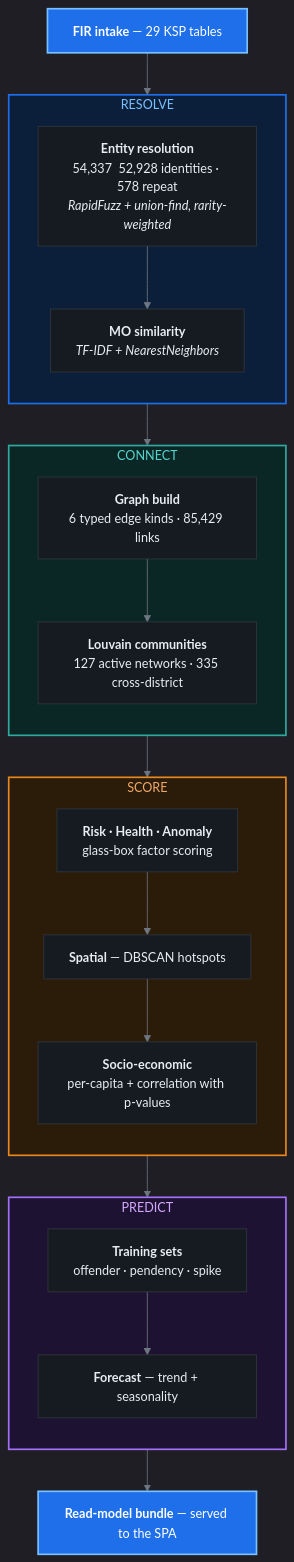
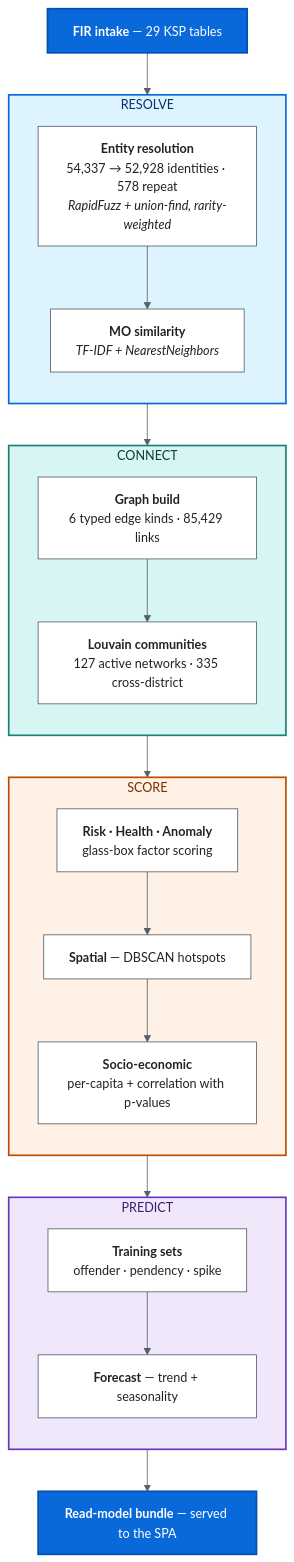
Before and after one commit to adarshcod30/Kadi: the fifth of 6 diagrams in README.md, drawn with Mermaid. The commit also changed other lines of this file and 1 other file, not shown here.

First line of the commit message:
Make the diagrams read on a light page as well as a dark one

````diff
--- a/README.md
+++ b/README.md
@@ -582,47 +582,47 @@
 ```mermaid
-%%{init: {'theme':'dark','themeVariables':{'fontSize':'15px','lineColor':'#6e7681','primaryTextColor':'#e6edf3'}}}%%
+%%{init: {'theme':'base','themeVariables':{'fontSize':'15px','lineColor':'#57606a','primaryTextColor':'#1f2328','edgeLabelBackground':'#ffffff'}}}%%
 flowchart TD
     A["<b>FIR intake</b> — 29 KSP tables"]
     subgraph RES["RESOLVE"]
         direction TB
-        B["<b>Entity resolution</b><br/>54,337  52,928 identities · 578 repeat<br/><i>RapidFuzz + union-find, rarity-weighted</i>"]
+        B["<b>Entity resolution</b><br/>54,337 → 52,928 identities · 578 repeat<br/><i>RapidFuzz + union-find, rarity-weighted</i>"]
         C["<b>MO similarity</b><br/><i>TF-IDF + NearestNeighbors</i>"]
         B --> C
     end
     subgraph GR["CONNECT"]
         direction TB
         E1["<b>Graph build</b><br/>6 typed edge kinds · 85,429 links"]
         E2["<b>Louvain communities</b><br/>127 active networks · 335 cross-district"]
         E1 --> E2
     end
     subgraph SC["SCORE"]
         direction TB
         F["<b>Risk · Health · Anomaly</b><br/>glass-box factor scoring"]
         G["<b>Spatial</b> — DBSCAN hotspots"]
         H["<b>Socio-economic</b><br/>per-capita + correlation with p-values"]
         F --> G --> H
     end
     subgraph ML["PREDICT"]
         direction TB
         I["<b>Training sets</b><br/>offender · pendency · spike"]
         J["<b>Forecast</b> — trend + seasonality"]
         I --> J
     end
     K["<b>Read-model bundle</b> — served to the SPA"]
 
     A --> B
     C --> E1
     E2 --> F
     H --> I
     J --> K
 
-    classDef box fill:#161b22,stroke:#30363d,stroke-width:1px,color:#e6edf3
-    classDef key fill:#1f6feb,stroke:#79c0ff,stroke-width:2px,color:#ffffff
+    classDef box fill:#ffffff,stroke:#57606a,stroke-width:1px,color:#1f2328
+    classDef key fill:#0969da,stroke:#0550ae,stroke-width:2px,color:#ffffff
     class B,C,E1,E2,F,G,H,I,J box
     class A,K key
 
-    style RES fill:#0b1f3a,stroke:#1f6feb,stroke-width:2px,color:#79c0ff
-    style GR  fill:#0a2725,stroke:#2FA8A0,stroke-width:2px,color:#56d4cc
-    style SC  fill:#2b1b09,stroke:#E8871E,stroke-width:2px,color:#f0a868
-    style ML  fill:#1e1233,stroke:#a371f7,stroke-width:2px,color:#d2a8ff
+    style RES fill:#ddf4ff,stroke:#0969da,stroke-width:2px,color:#0a3069
+    style GR  fill:#d7f5f2,stroke:#1a7f78,stroke-width:2px,color:#0d3d3a
+    style SC  fill:#fff1e5,stroke:#bc4c00,stroke-width:2px,color:#7a2e00
+    style ML  fill:#f0e7fb,stroke:#6639ba,stroke-width:2px,color:#3b1e70
 ```
````
